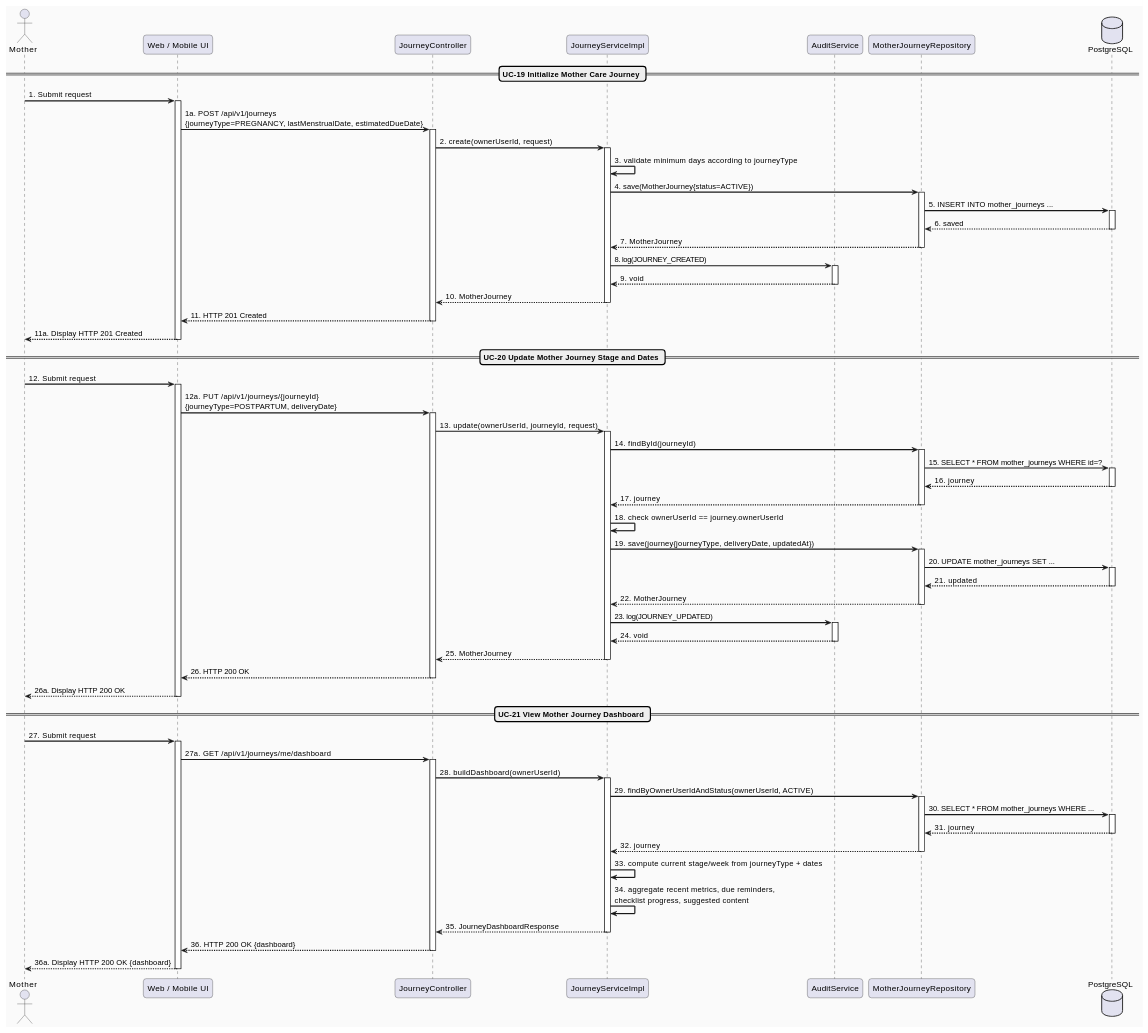
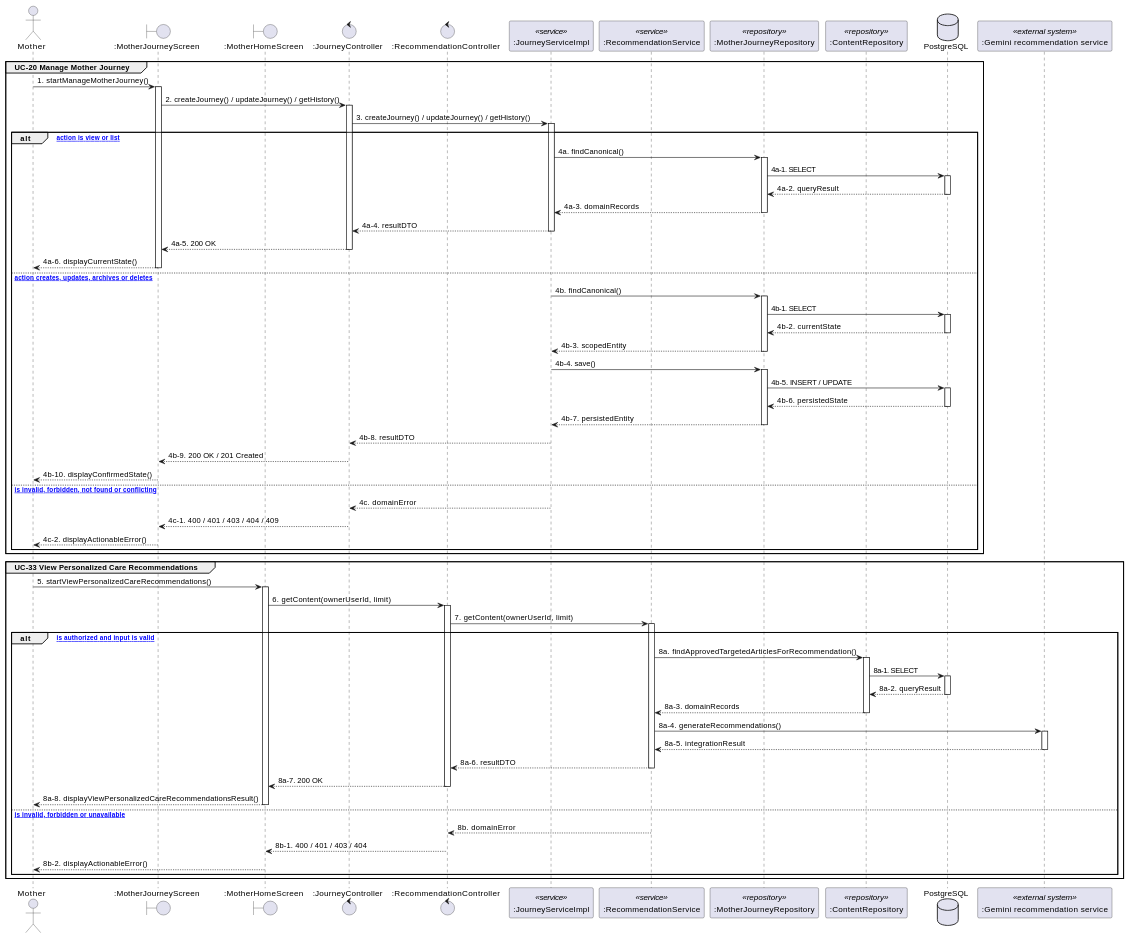
One commit to ChuongBDHE172784/CareBridge_SEP490_G79 changed the second of 2 diagrams in docs/Detailed_Design/MF02_Mother_Care_Journey/01_Mother_Journey_Lifecycle_Dashboard.md. Above: the diagram before and after it, drawn with PlantUML. The commit also changed other lines of this file and 111 other files, not shown here.

````diff
--- a/docs/Detailed_Design/MF02_Mother_Care_Journey/01_Mother_Journey_Lifecycle_Dashboard.md
+++ b/docs/Detailed_Design/MF02_Mother_Care_Journey/01_Mother_Journey_Lifecycle_Dashboard.md
@@ -123,102 +102,109 @@
 ```plantuml
-@startuml MF02_01_JourneyLifecycle_SequenceDiagram
-skinparam sequenceArrowThickness 2
-skinparam roundcorner 10
-skinparam backgroundColor #FAFAFA
+@startuml MF02_01_MotherJourneyLifecycleandDashboard_SequenceDiagram
+skinparam shadowing false
 
-actor "Mother" as M
-participant "Web / Mobile UI" as UI
-participant "JourneyController" as Controller
-participant "JourneyServiceImpl" as Service
-participant "AuditService" as Audit
-participant "MotherJourneyRepository" as Repo
+actor "Mother" as Actor
+boundary ":MotherJourneyScreen" as UI1
+boundary ":MotherHomeScreen" as UI2
+control ":JourneyController" as Controller1
+control ":RecommendationController" as Controller2
+participant ":JourneyServiceImpl" as Service1 <<service>>
+participant ":RecommendationService" as Service2 <<service>>
+participant ":MotherJourneyRepository" as Repository1 <<repository>>
+participant ":ContentRepository" as Repository2 <<repository>>
 database "PostgreSQL" as DB
+participant ":Gemini recommendation service" as External1 <<external system>>
 
-== UC-19 Initialize Mother Care Journey ==
-M -> UI : 1. Submit request
-activate UI
-UI -> Controller : 1a. POST /api/v1/journeys\n{journeyType=PREGNANCY, lastMenstrualDate, estimatedDueDate}
-activate Controller
-Controller -> Service : 2. create(ownerUserId, request)
-activate Service
-Service -> Service : 3. validate minimum days according to journeyType
-Service -> Repo : 4. save(MotherJourney{status=ACTIVE})
-activate Repo
-Repo -> DB : 5. INSERT INTO mother_journeys ...
-activate DB
-DB --> Repo : 6. saved
-deactivate DB
-Repo --> Service : 7. MotherJourney
-deactivate Repo
-Service -> Audit : 8. log(JOURNEY_CREATED)
-activate Audit
-Audit --> Service : 9. void
-deactivate Audit
-Service --> Controller : 10. MotherJourney
-deactivate Service
-Controller --> UI : 11. HTTP 201 Created
-deactivate Controller
-UI --> M : 11a. Display HTTP 201 Created
-deactivate UI
+group UC-20 Manage Mother Journey
+  Actor -> UI1 : 1. startManageMotherJourney()
+  activate UI1
+  UI1 -> Controller1 : 2. createJourney() / updateJourney() / getHistory()
+  activate Controller1
+  Controller1 -> Service1 : 3. createJourney() / updateJourney() / getHistory()
+  activate Service1
+  alt [selected action is view or list]
+    Service1 -> Repository1 : 4a. findCanonical()
+    activate Repository1
+    Repository1 -> DB : 4a-1. SELECT
+    activate DB
+    DB --> Repository1 : 4a-2. queryResult
+    deactivate DB
+    Repository1 --> Service1 : 4a-3. domainRecords
+    deactivate Repository1
+    Service1 --> Controller1 : 4a-4. resultDTO
+    deactivate Service1
+    Controller1 --> UI1 : 4a-5. 200 OK
+    deactivate Controller1
+    UI1 --> Actor : 4a-6. displayCurrentState()
+    deactivate UI1
+  else [selected action creates, updates, archives or deletes]
+    Service1 -> Repository1 : 4b. findCanonical()
+    activate Repository1
+    Repository1 -> DB : 4b-1. SELECT
+    activate DB
+    DB --> Repository1 : 4b-2. currentState
+    deactivate DB
+    Repository1 --> Service1 : 4b-3. scopedEntity
+    deactivate Repository1
+    Service1 -> Repository1 : 4b-4. save()
+    activate Repository1
+    Repository1 -> DB : 4b-5. INSERT / UPDATE
+    activate DB
+    DB --> Repository1 : 4b-6. persistedState
+    deactivate DB
+    Repository1 --> Service1 : 4b-7. persistedEntity
+    deactivate Repository1
+    Service1 --> Controller1 : 4b-8. resultDTO
+    deactivate Service1
+    Controller1 --> UI1 : 4b-9. 200 OK / 201 Created
+    deactivate Controller1
+    UI1 --> Actor : 4b-10. displayConfirmedState()
+    deactivate UI1
+  else [request is invalid, forbidden, not found or conflicting]
+    Service1 --> Controller1 : 4c. domainError
+    deactivate Service1
+    Controller1 --> UI1 : 4c-1. 400 / 401 / 403 / 404 / 409
+    deactivate Controller1
+    UI1 --> Actor : 4c-2. displayActionableError()
+    deactivate UI1
+  end
+end
 
-== UC-20 Update Mother Journey Stage and Dates ==
-M -> UI : 12. Submit request
-activate UI
-UI -> Controller : 12a. PUT /api/v1/journeys/{journeyId}\n{journeyType=POSTPARTUM, deliveryDate}
-activate Controller
-Controller -> Service : 13. update(ownerUserId, journeyId, request)
-activate Service
-Service -> Repo : 14. findById(journeyId)
-activate Repo
-Repo -> DB : 15. SELECT * FROM mother_journeys WHERE id=?
-activate DB
-DB --> Repo : 16. journey
-deactivate DB
-Repo --> Service : 17. journey
-deactivate Repo
-Service -> Service : 18. check ownerUserId == journey.ownerUserId
-Service -> Repo : 19. save(journey{journeyType, deliveryDate, updatedAt})
-activate Repo
-Repo -> DB : 20. UPDATE mother_journeys SET ...
-activate DB
-DB --> Repo : 21. updated
-deactivate DB
-Repo --> Service : 22. MotherJourney
-deactivate Repo
-Service -> Audit : 23. log(JOURNEY_UPDATED)
-activate Audit
-Audit --> Service : 24. void
-deactivate Audit
-Service --> Controller : 25. MotherJourney
-deactivate Service
-Controller --> UI : 26. HTTP 200 OK
-deactivate Controller
-UI --> M : 26a. Display HTTP 200 OK
-deactivate UI
-
-== UC-21 View Mother Journey Dashboard ==
-M -> UI : 27. Submit request
-activate UI
-UI -> Controller : 27a. GET /api/v1/journeys/me/dashboard
-activate Controller
-Controller -> Service : 28. buildDashboard(ownerUserId)
-activate Service
-Service -> Repo : 29. findByOwnerUserIdAndStatus(ownerUserId, ACTIVE)
-activate Repo
-Repo -> DB : 30. SELECT * FROM mother_journeys WHERE ...
-activate DB
-DB --> Repo : 31. journey
-deactivate DB
-Repo --> Service : 32. journey
-deactivate Repo
-Service -> Service : 33. compute current stage/week from journeyType + dates
-Service -> Service : 34. aggregate recent metrics, due reminders,\nchecklist progress, suggested content
-Service --> Controller : 35. JourneyDashboardResponse
-deactivate Service
-Controller --> UI : 36. HTTP 200 OK {dashboard}
-deactivate Controller
-UI --> M : 36a. Display HTTP 200 OK {dashboard}
-deactivate UI
+group UC-33 View Personalized Care Recommendations
+  Actor -> UI2 : 5. startViewPersonalizedCareRecommendations()
+  activate UI2
+  UI2 -> Controller2 : 6. getContent(ownerUserId, limit)
+  activate Controller2
+  Controller2 -> Service2 : 7. getContent(ownerUserId, limit)
+  activate Service2
+  alt [request is authorized and input is valid]
+    Service2 -> Repository2 : 8a. findApprovedTargetedArticlesForRecommendation()
+    activate Repository2
+    Repository2 -> DB : 8a-1. SELECT
+    activate DB
+    DB --> Repository2 : 8a-2. queryResult
+    deactivate DB
+    Repository2 --> Service2 : 8a-3. domainRecords
+    deactivate Repository2
+    Service2 -> External1 : 8a-4. generateRecommendations()
+    activate External1
+    External1 --> Service2 : 8a-5. integrationResult
+    deactivate External1
+    Service2 --> Controller2 : 8a-6. resultDTO
+    deactivate Service2
+    Controller2 --> UI2 : 8a-7. 200 OK
+    deactivate Controller2
+    UI2 --> Actor : 8a-8. displayViewPersonalizedCareRecommendationsResult()
+    deactivate UI2
+  else [request is invalid, forbidden or unavailable]
+    Service2 --> Controller2 : 8b. domainError
+    deactivate Service2
+    Controller2 --> UI2 : 8b-1. 400 / 401 / 403 / 404
+    deactivate Controller2
+    UI2 --> Actor : 8b-2. displayActionableError()
+    deactivate UI2
+  end
+end
 
 @enduml
 ```
````
